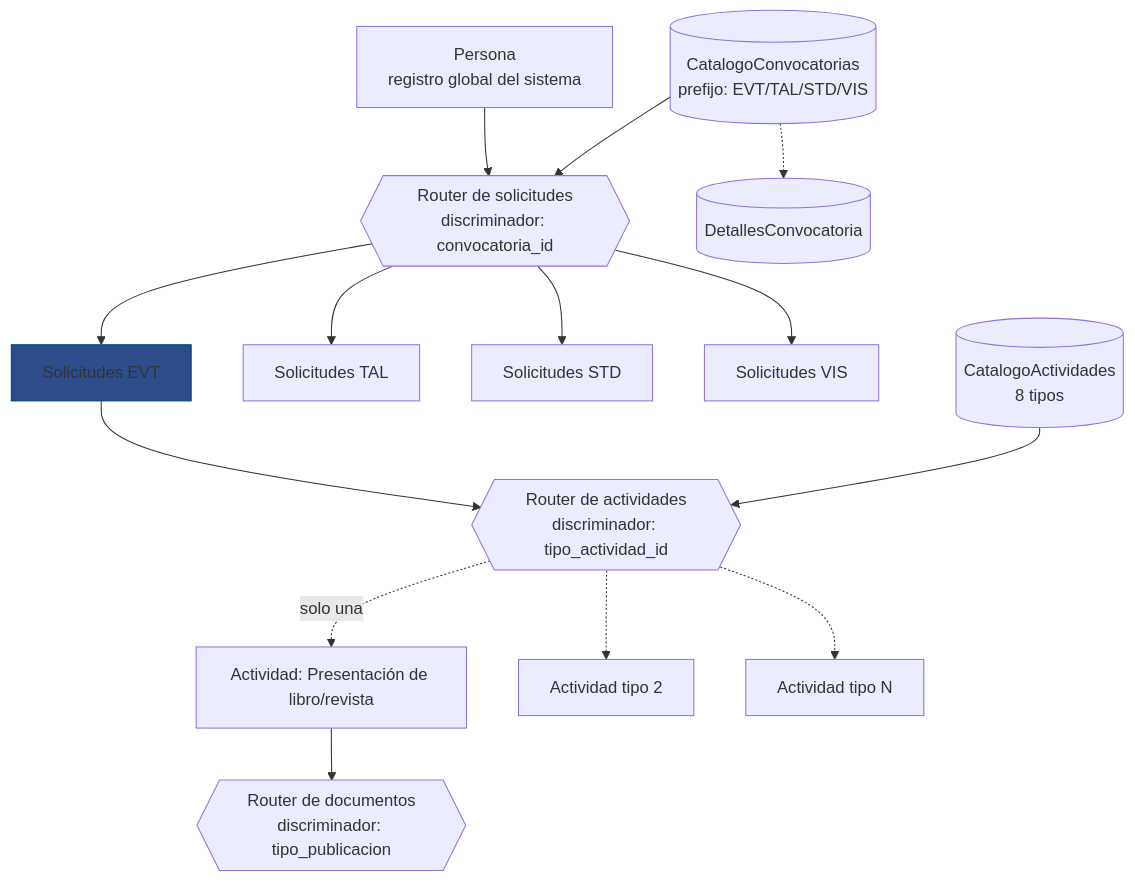
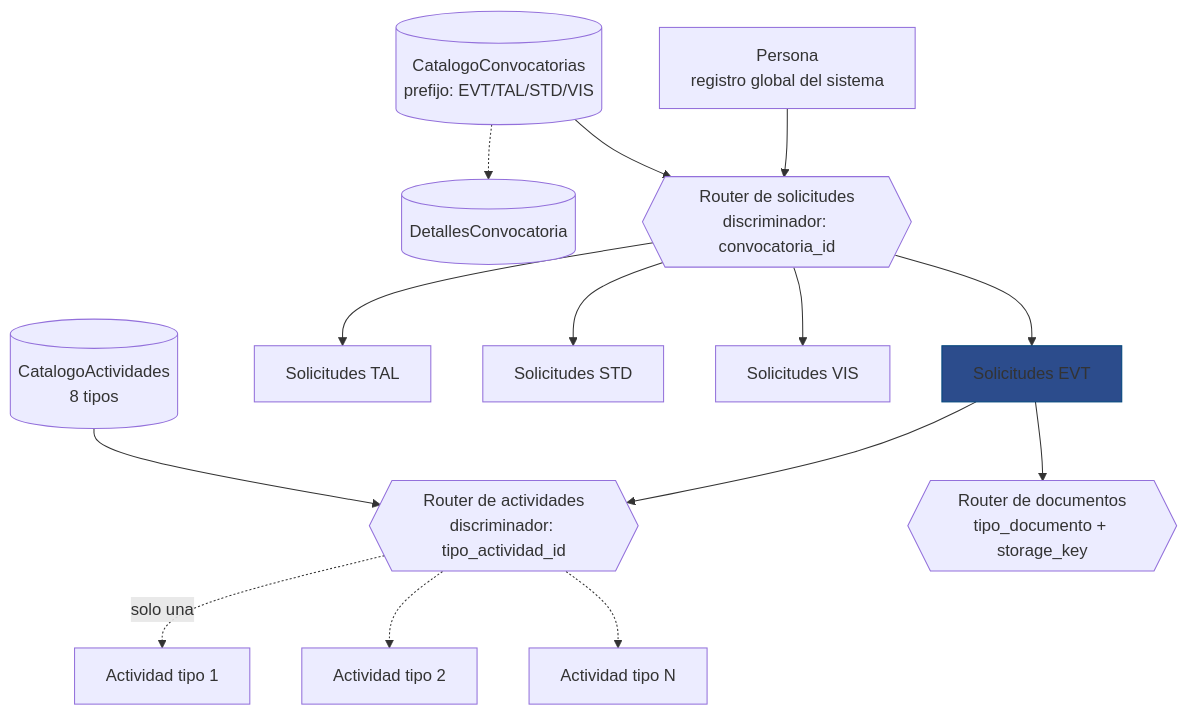
The first of 3 diagrams in docs/requisitos/EVT/Modelo de datos - Eventos.md (Proyectos-Vinculacion-FMAT/FILEYapp26), drawn with Mermaid before and after one commit. The commit also changed other lines of this file and 1 other file, not shown here.

First line of the commit message:
docs(EVT): revierte RouterDocumentos a FK directa de solicitud

````diff
--- a/docs/requisitos/EVT/Modelo de datos - Eventos.md
+++ b/docs/requisitos/EVT/Modelo de datos - Eventos.md
@@ -53,41 +53,40 @@
 ```mermaid
 flowchart TD
     U[Persona<br/>registro global del sistema]
 
     CC[(CatalogoConvocatorias<br/>prefijo: EVT/TAL/STD/VIS)]
     DD[(DetallesConvocatoria)]
     RS{{Router de solicitudes<br/>discriminador: convocatoria_id}}
 
     S_EVT[Solicitudes EVT]
     S_TAL[Solicitudes TAL]
     S_STD[Solicitudes STD]
     S_VIS[Solicitudes VIS]
 
     CA[(CatalogoActividades<br/>8 tipos)]
     RA{{Router de actividades<br/>discriminador: tipo_actividad_id}}
 
-    A_1[Actividad: Presentación de libro/revista]
+    A_1[Actividad tipo 1]
     A_2[Actividad tipo 2]
     A_n[Actividad tipo N]
 
-    RD{{Router de documentos<br/>discriminador: tipo_publicacion}}
+    RD{{Router de documentos<br/>tipo_documento + storage_key}}
 
     U --> RS
     CC --> RS
     CC -.-> DD
     RS --> S_EVT
     RS --> S_TAL
     RS --> S_STD
     RS --> S_VIS
 
     S_EVT --> RA
     CA --> RA
+    S_EVT --> RD
 
     RA -.->|solo una| A_1
     RA -.-> A_2
     RA -.-> A_n
 
-    A_1 --> RD
-
     style S_EVT fill:#2C4C8C , stroke:#01457C
 ```
````
